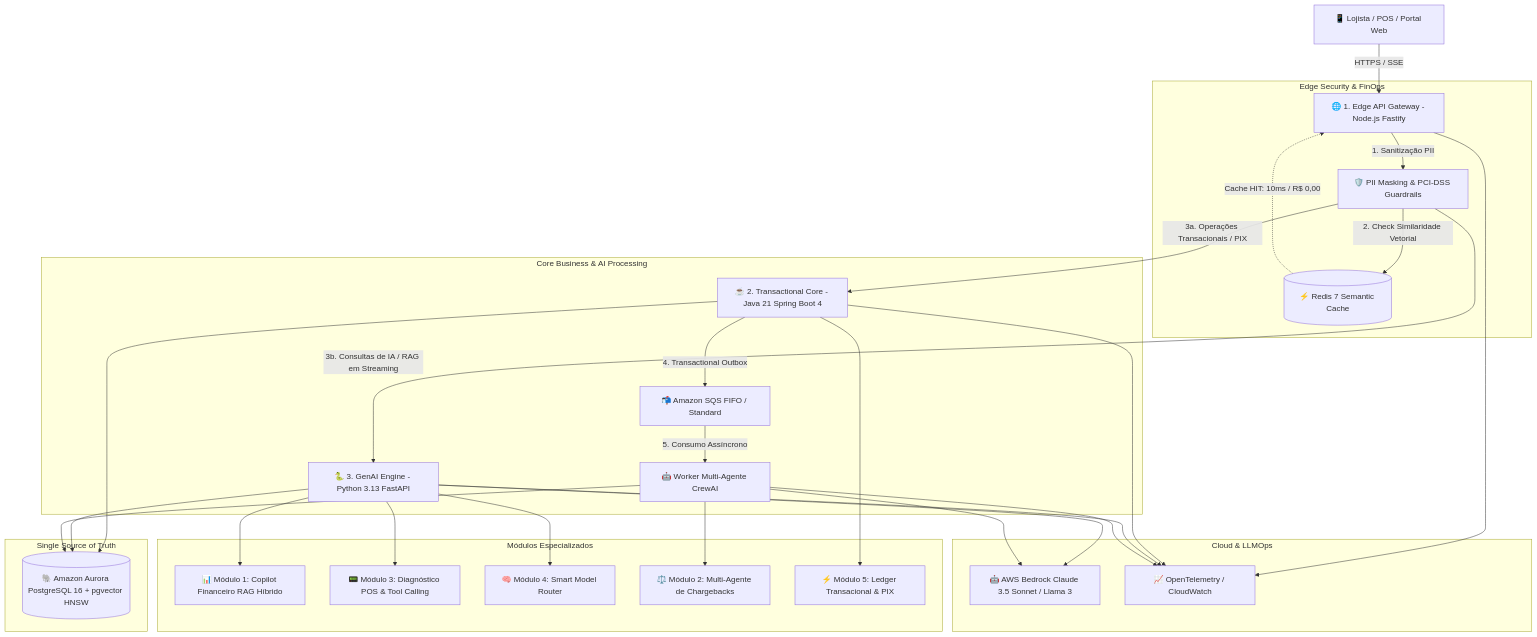
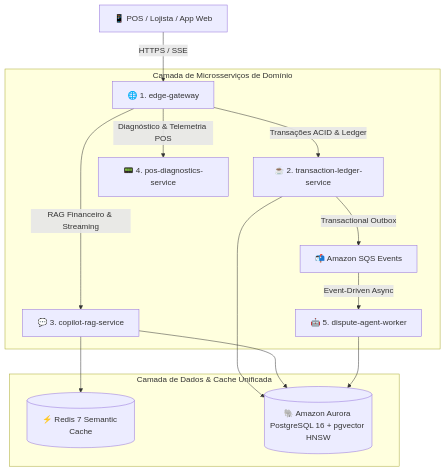
The diagram in README.md (MarcelDevBr/nexuspay-ai-engine), drawn with Mermaid before and after one commit. The commit also changed other lines of this file and 7604 other files, not shown here.

````diff
--- a/README.md
+++ b/README.md
@@ -68,35 +68,18 @@
 ```mermaid
 graph TD
-    Client[📱 Lojista / POS / Portal Web] -->|HTTPS / SSE| EdgeGateway[🌐 1. Edge API Gateway - Node.js Fastify]
+    Client[📱 POS / Lojista / App Web] -->|HTTPS / SSE| EdgeGateway[🌐 1. edge-gateway]
     
-    subgraph "Edge Security & FinOps"
-        EdgeGateway -->|1. Sanitização PII| PIISanitizer[🛡️ PII Masking & PCI-DSS Guardrails]
-        PIISanitizer -->|2. Check Similaridade Vetorial| SemanticCache[(⚡ Redis 7 Semantic Cache)]
-        SemanticCache -.->|Cache HIT: 10ms / R$ 0,00| EdgeGateway
+    subgraph "Camada de Microsserviços de Domínio"
+        EdgeGateway -->|Transações ACID & Ledger| TransactionalCore[☕ 2. transaction-ledger-service]
+        EdgeGateway -->|RAG Financeiro & Streaming| CopilotService[💬 3. copilot-rag-service]
+        EdgeGateway -->|Diagnóstico & Telemetria POS| PosDiagnostics[📟 4. pos-diagnostics-service]
+        
+        TransactionalCore -->|Transactional Outbox| SQS[📬 Amazon SQS Events]
+        SQS -->|Event-Driven Async| DisputeWorker[🤖 5. dispute-agent-worker]
     end
     
-    subgraph "Core Business & AI Processing"
-        PIISanitizer -->|3a. Operações Transacionais / PIX| JavaCore[☕ 2. Transactional Core - Java 21 Spring Boot 4]
-        PIISanitizer -->|3b. Consultas de IA / RAG em Streaming| PyCore[🐍 3. GenAI Engine - Python 3.13 FastAPI]
-        
-        JavaCore -->|4. Transactional Outbox| SQSBroker[📬 Amazon SQS FIFO / Standard]
-        SQSBroker -->|5. Consumo Assíncrono| PyWorkers[🤖 Worker Multi-Agente CrewAI]
-    end
-    
-    subgraph "Módulos Especializados"
-        PyCore --> Mod1[📊 Módulo 1: Copilot Financeiro RAG Híbrido]
-        PyCore --> Mod3[📟 Módulo 3: Diagnóstico POS & Tool Calling]
-        PyCore --> Mod4[🧠 Módulo 4: Smart Model Router]
-        PyWorkers --> Mod2[⚖️ Módulo 2: Multi-Agente de Chargebacks]
-        JavaCore --> Mod5[⚡ Módulo 5: Ledger Transacional & PIX]
-    end
-    
-    subgraph "Single Source of Truth"
-        JavaCore & PyCore & PyWorkers --> DB[(🐘 Amazon Aurora PostgreSQL 16 + pgvector HNSW)]
-    end
-    
-    subgraph "Cloud & LLMOps"
-        PyCore & PyWorkers --> Bedrock[🤖 AWS Bedrock Claude 3.5 Sonnet / Llama 3]
-        EdgeGateway & JavaCore & PyCore & PyWorkers --> Telemetry[📈 OpenTelemetry / CloudWatch]
+    subgraph "Camada de Dados & Cache Unificada"
+        CopilotService --> Redis[(⚡ Redis 7 Semantic Cache)]
+        TransactionalCore & CopilotService & DisputeWorker --> DB[(🐘 Amazon Aurora PostgreSQL 16 + pgvector HNSW)]
     end
 ```
````
